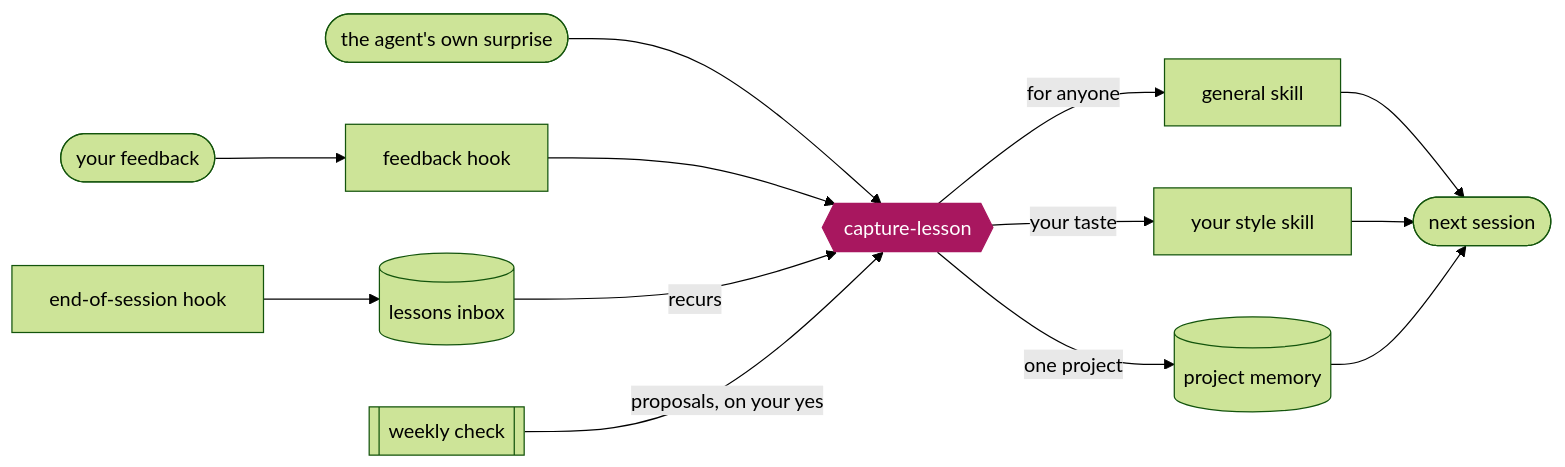
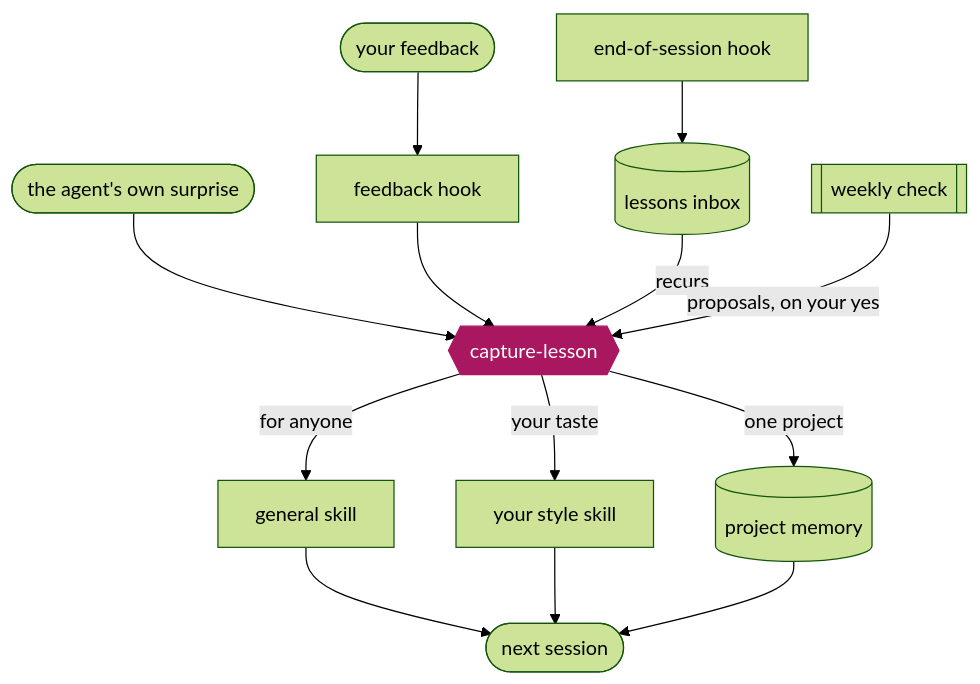
Before and after one commit to kat-titter/claude-code-learns: the diagram in README.md, drawn with Mermaid (forest theme).

Commit message:
README: top-down diagram so it renders at full size in the README column

````diff
--- a/README.md
+++ b/README.md
@@ -13,17 +13,17 @@
 ```mermaid
-flowchart LR
+flowchart TB
   you(["your feedback"]) --> hook["feedback hook"]
   self(["the agent's own surprise"]) --> cap
   hook --> cap{{"capture-lesson"}}
   stop["end-of-session hook"] --> inbox[("lessons inbox")]
   inbox -->|"recurs"| cap
   cap -->|"for anyone"| general["general skill"]
   cap -->|"your taste"| taste["your style skill"]
   cap -->|"one project"| memory[("project memory")]
   general --> next(["next session"])
   taste --> next
   memory --> next
   week[["weekly check"]] -->|"proposals, on your yes"| cap
   classDef core fill:#a8175f,stroke:#a8175f,color:#ffffff
   class cap core
 ```
````
